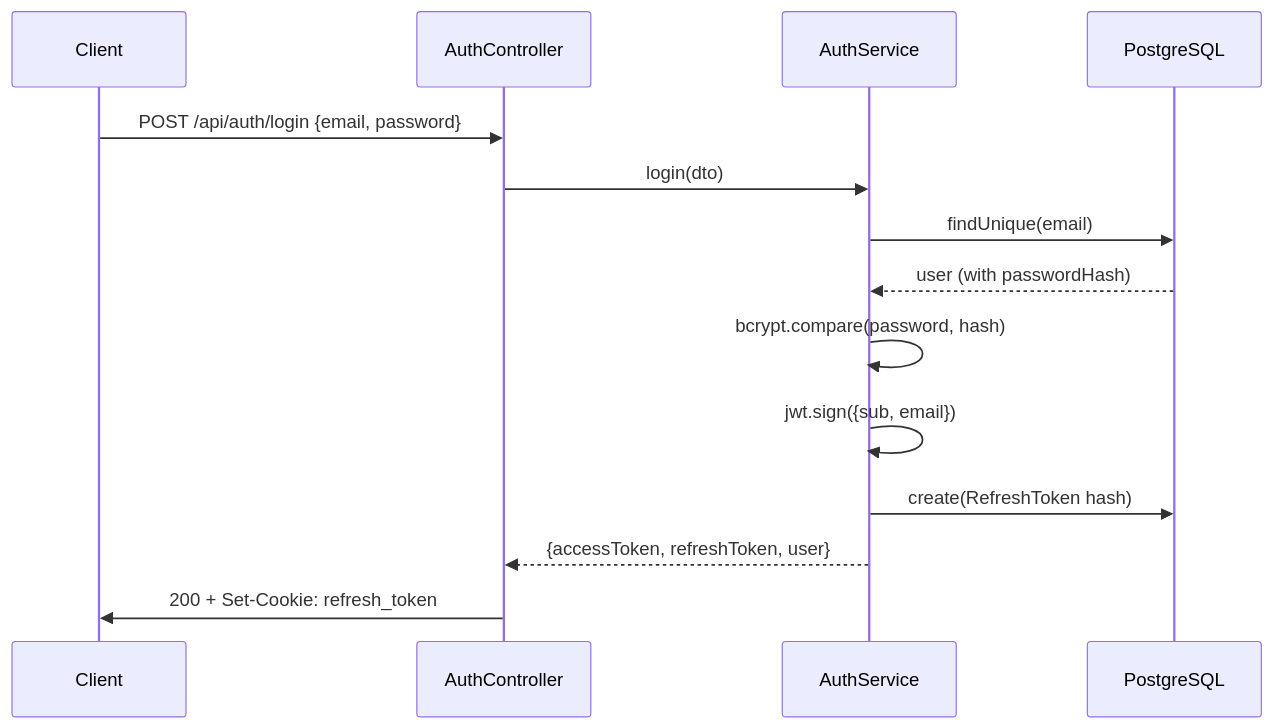
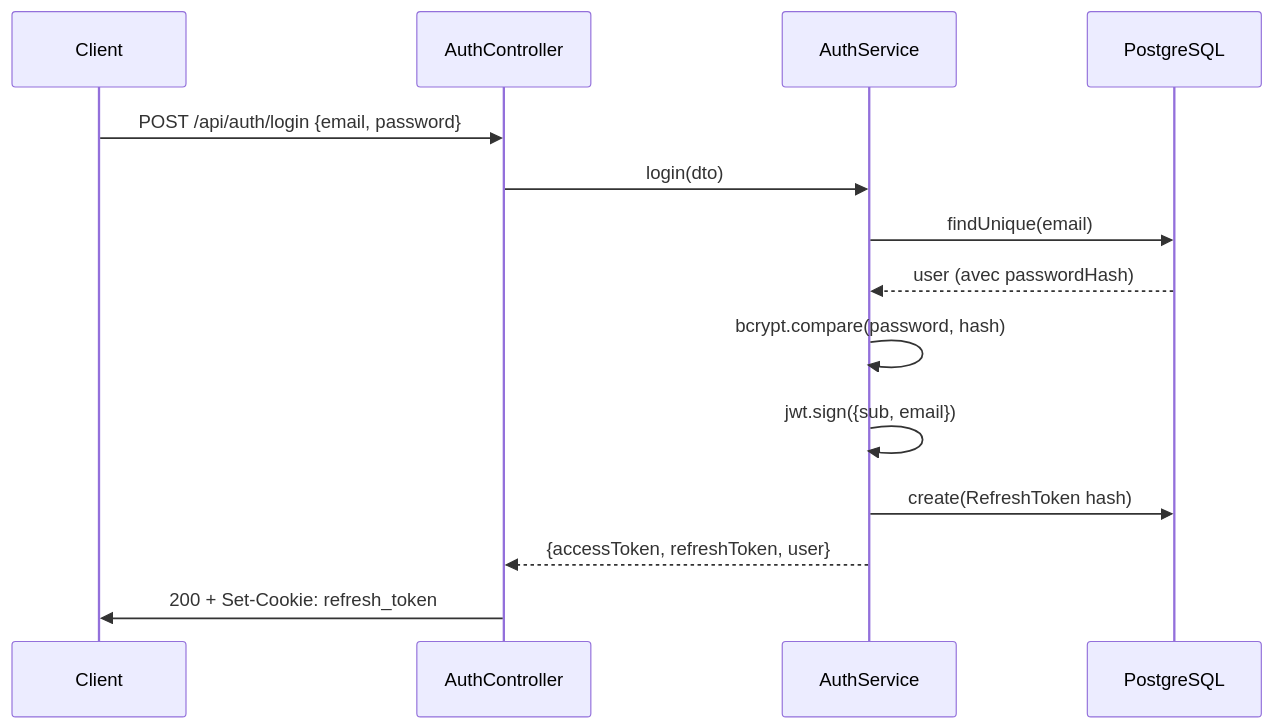
Before and after one commit to OC-Expert-DevOps/P3-OC-software-development-management: the second of 2 diagrams in docs/backend/05-auth.md, drawn with Mermaid. The commit also changed other lines of this file and 21 other files, not shown here.

````diff
--- a/docs/backend/05-auth.md
+++ b/docs/backend/05-auth.md
@@ -77,17 +77,17 @@
 ```mermaid
 sequenceDiagram
     participant C as Client
     participant A as AuthController
     participant S as AuthService
     participant DB as PostgreSQL
 
     C->>A: POST /api/auth/login {email, password}
     A->>S: login(dto)
     S->>DB: findUnique(email)
-    DB-->>S: user (with passwordHash)
+    DB-->>S: user (avec passwordHash)
     S->>S: bcrypt.compare(password, hash)
     S->>S: jwt.sign({sub, email})
     S->>DB: create(RefreshToken hash)
     S-->>A: {accessToken, refreshToken, user}
     A->>C: 200 + Set-Cookie: refresh_token
 ```
````
